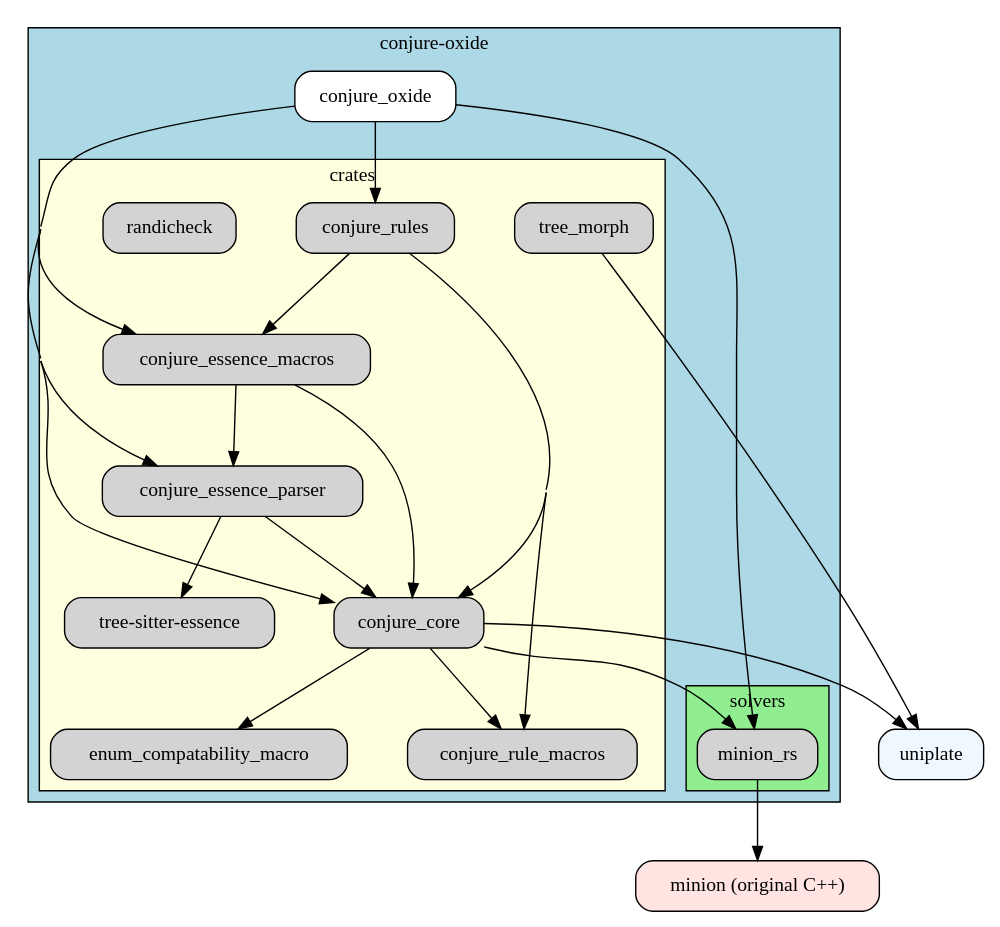
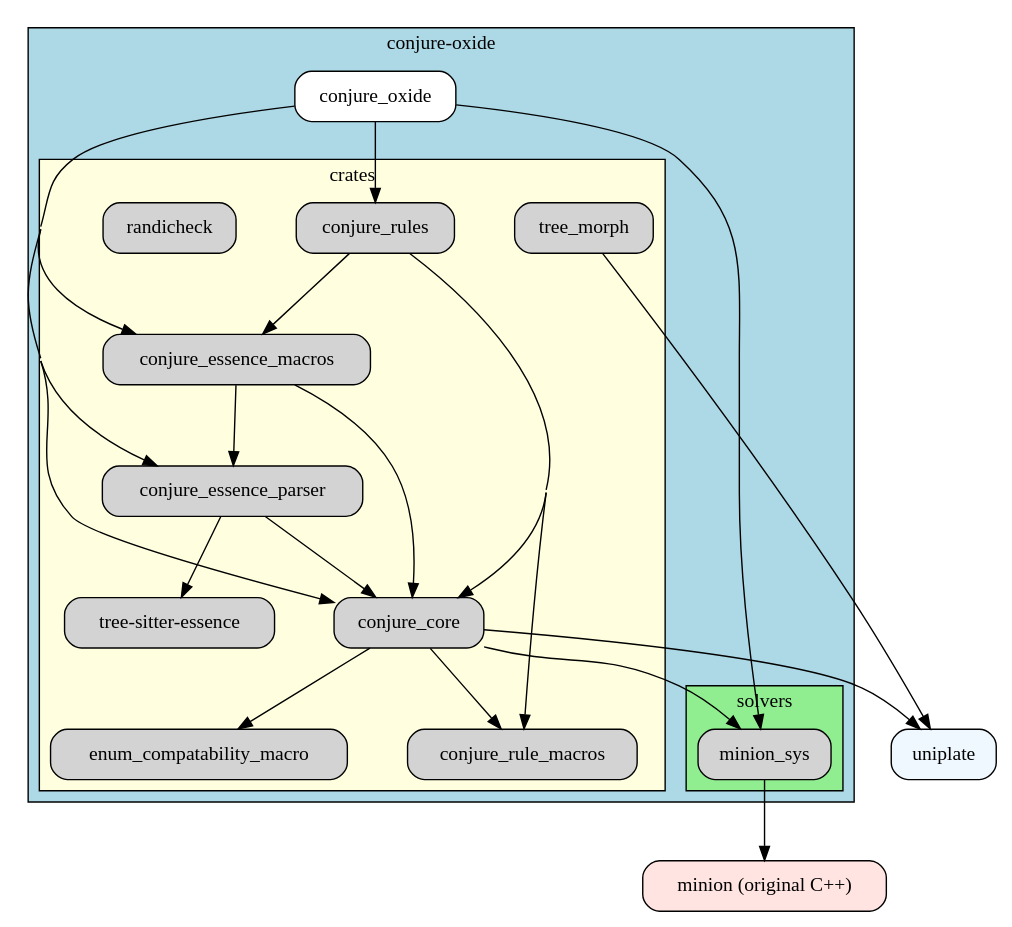
Before and after one commit to conjure-cp/conjure-oxide: the diagram in docs/src/crate_imports.gv, drawn with Graphviz. The commit also changed 29 other files, not shown here.

First line of the commit message:
feat!: rename minion-rs to minion-sys; move solvers/minion to crates/minion-sys

```diff
--- a/docs/src/crate_imports.gv
+++ b/docs/src/crate_imports.gv
@@ -1,75 +1,75 @@
 digraph G {
     overlap = false;
     rankdir = TB; // top to bottom (try also LR - left to right)
     beautify = true;
     concentrate = true;
     splines = true; // try also: polyline, ortho
     nodesep = 0.6;   // node separation
     ranksep = 0.8;   // rank (i.e. nodes on same level of the tree) separation
 
     // Global node attributes
     node [shape=box, style="rounded,filled", fillcolor=lightgrey];
 
     subgraph cluster_0 {
         label = "conjure-oxide";
         style="filled";
         fillcolor="lightblue"; // Color for the main cluster
         cluster = true; // Ensure this is treated as a cluster
 
         conjure_oxide [fillcolor=white]; // Highlight the main node
 
         subgraph cluster_1 {
             label = "crates";
             style="filled";
             fillcolor="lightyellow"; // Color for crates cluster
             cluster = true;
 
             conjure_core;
             conjure_rules;
             conjure_rule_macros;
             conjure_essence_macros;
             conjure_essence_parser;
             "tree-sitter-essence";
             tree_morph;
             randicheck;
             enum_compatability_macro;
         }
 
         subgraph cluster_2 {
             label = "solvers";
             style="filled";
             fillcolor="#90EE90"; // Color for solvers cluster
             cluster = true;
 
-            minion_rs;
+            minion_sys;
         }
     }
 
     uniplate [fillcolor=aliceblue];
     "minion (original C++)" [fillcolor=mistyrose];
 
     // Edges
     conjure_oxide -> conjure_core;
     conjure_oxide -> conjure_rules;
-    conjure_oxide -> minion_rs;
+    conjure_oxide -> minion_sys;
     conjure_oxide -> conjure_essence_parser;
     conjure_oxide -> conjure_essence_macros;
 
     conjure_core -> uniplate;
-    conjure_core -> minion_rs;
+    conjure_core -> minion_sys;
     conjure_core -> enum_compatability_macro;
     conjure_core -> conjure_rule_macros;
 
     conjure_essence_macros -> conjure_core;
     conjure_essence_macros -> conjure_essence_parser;
 
     conjure_rules -> conjure_core;
     conjure_rules -> conjure_rule_macros;
     conjure_rules -> conjure_essence_macros;
 
     conjure_essence_parser -> conjure_core;
     conjure_essence_parser -> "tree-sitter-essence";
 
     tree_morph -> uniplate;
-    minion_rs -> "minion (original C++)";
+    minion_sys -> "minion (original C++)";
 }
```
